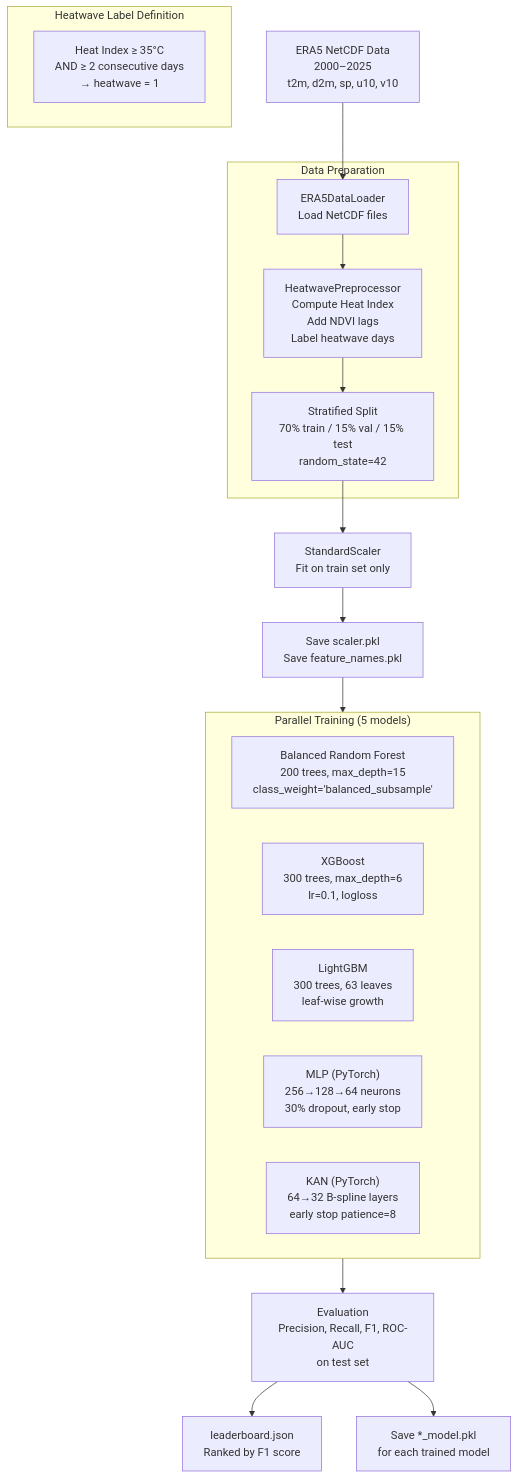
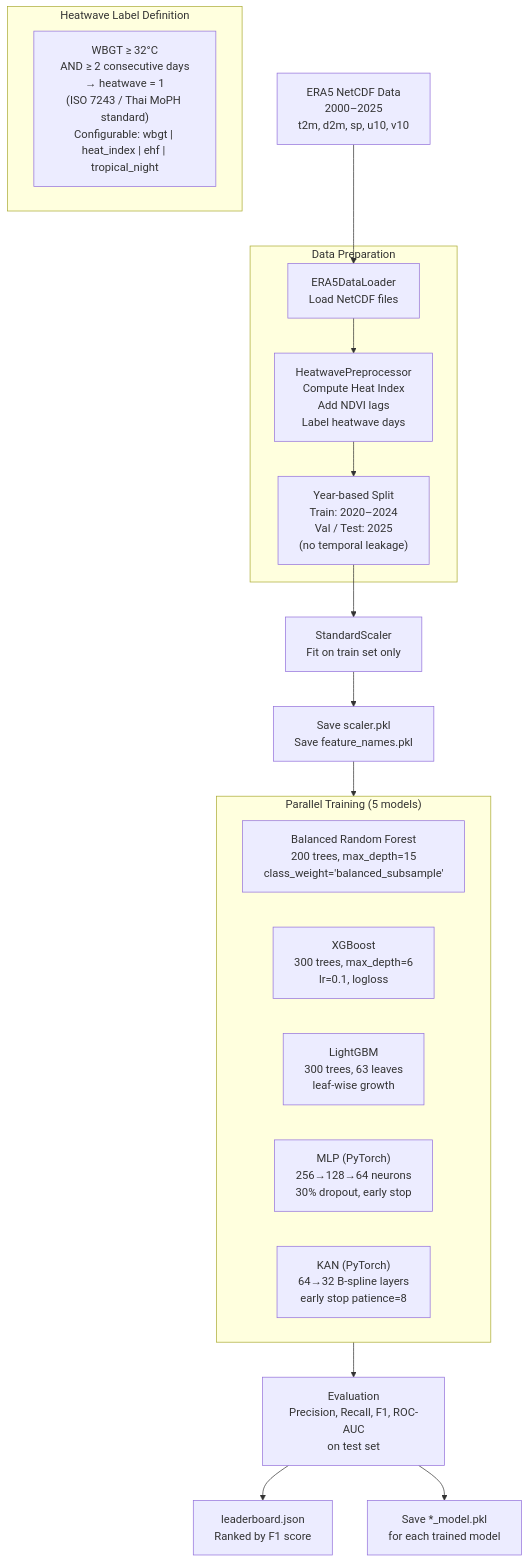
Before and after one commit to MCTEEKUNG/Heatwave_Backend_Elysia: the fourth of 7 diagrams in ARCHITECTURE.md, drawn with Mermaid. The commit also changed other lines of this file and 15 other files, not shown here.

````diff
--- a/ARCHITECTURE.md
+++ b/ARCHITECTURE.md
@@ -190,31 +190,31 @@
 ```mermaid
 flowchart TD
     A["ERA5 NetCDF Data\n2000–2025\nt2m, d2m, sp, u10, v10"] --> B
 
     subgraph PREP["Data Preparation"]
         B["ERA5DataLoader\nLoad NetCDF files"] --> C
         C["HeatwavePreprocessor\nCompute Heat Index\nAdd NDVI lags\nLabel heatwave days"] --> D
-        D["Stratified Split\n70% train / 15% val / 15% test\nrandom_state=42"]
+        D["Year-based Split\nTrain: 2020–2024\nVal / Test: 2025\n(no temporal leakage)"]
     end
 
     D --> E["StandardScaler\nFit on train set only"]
     E --> F["Save scaler.pkl\nSave feature_names.pkl"]
 
     subgraph TRAIN["Parallel Training (5 models)"]
         G1["Balanced Random Forest\n200 trees, max_depth=15\nclass_weight='balanced_subsample'"]
         G2["XGBoost\n300 trees, max_depth=6\nlr=0.1, logloss"]
         G3["LightGBM\n300 trees, 63 leaves\nleaf-wise growth"]
         G4["MLP (PyTorch)\n256→128→64 neurons\n30% dropout, early stop"]
         G5["KAN (PyTorch)\n64→32 B-spline layers\nearly stop patience=8"]
     end
 
     F --> TRAIN
 
     TRAIN --> H["Evaluation\nPrecision, Recall, F1, ROC-AUC\non test set"]
     H --> I["leaderboard.json\nRanked by F1 score"]
     H --> J["Save *_model.pkl\nfor each trained model"]
 
     subgraph LABEL["Heatwave Label Definition"]
-        L1["Heat Index ≥ 35°C\nAND ≥ 2 consecutive days\n→ heatwave = 1"]
+        L1["WBGT ≥ 32°C\nAND ≥ 2 consecutive days\n→ heatwave = 1\n(ISO 7243 / Thai MoPH standard)\nConfigurable: wbgt | heat_index | ehf | tropical_night"]
     end
 ```
````
